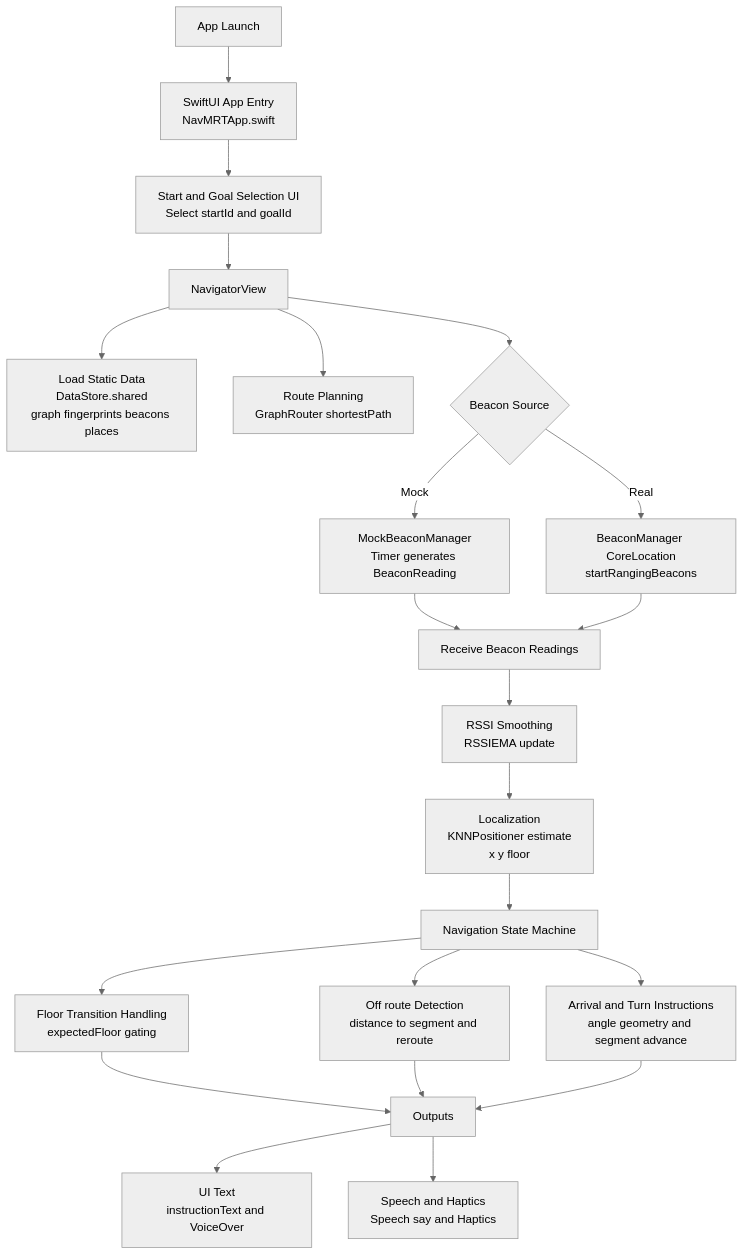
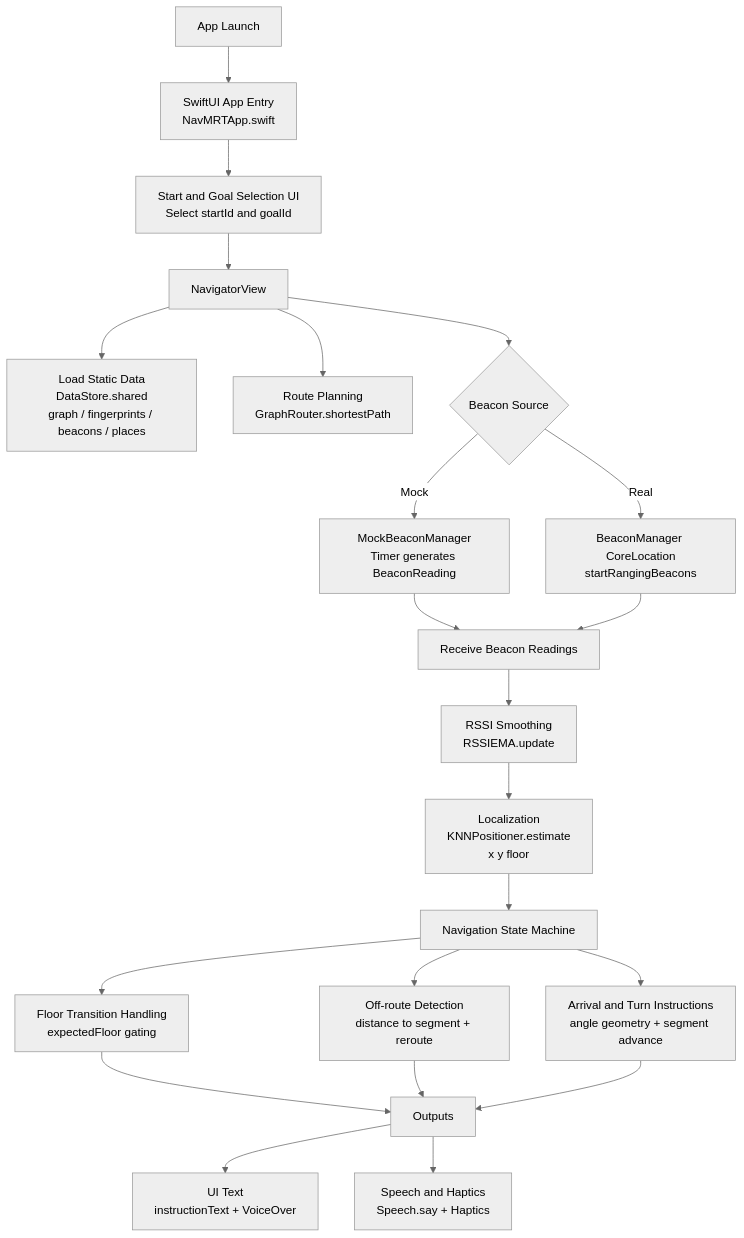
One commit to oatkup1a/MRTWayfinder changed the diagram in README.md. Above: the diagram before and after it, drawn with Mermaid (neutral theme).

````diff
--- a/README.md
+++ b/README.md
@@ -59,32 +59,32 @@
 ```mermaid
 flowchart TD
-  A[App Launch] --> B[SwiftUI App Entry\nNavMRTApp.swift]
-  B --> C[Start and Goal Selection UI\nSelect startId and goalId]
-  C --> D[NavigatorView]
+  A["App Launch"] --> B["SwiftUI App Entry<br/>NavMRTApp.swift"]
+  B --> C["Start and Goal Selection UI<br/>Select startId and goalId"]
+  C --> D["NavigatorView"]
 
-  D --> E[Load Static Data\nDataStore.shared\ngraph fingerprints beacons places]
-  D --> F[Route Planning\nGraphRouter shortestPath]
+  D --> E["Load Static Data<br/>DataStore.shared<br/>graph / fingerprints / beacons / places"]
+  D --> F["Route Planning<br/>GraphRouter.shortestPath"]
 
   D --> G{Beacon Source}
-  G -->|Mock| H[MockBeaconManager\nTimer generates BeaconReading]
-  G -->|Real| I[BeaconManager CoreLocation\nstartRangingBeacons]
+  G -->|Mock| H["MockBeaconManager<br/>Timer generates BeaconReading"]
+  G -->|Real| I["BeaconManager CoreLocation<br/>startRangingBeacons"]
 
-  H --> J[Receive Beacon Readings]
+  H --> J["Receive Beacon Readings"]
   I --> J
 
-  J --> K[RSSI Smoothing\nRSSIEMA update]
-  K --> L[Localization\nKNNPositioner estimate\nx y floor]
-  L --> M[Navigation State Machine]
+  J --> K["RSSI Smoothing<br/>RSSIEMA.update"]
+  K --> L["Localization<br/>KNNPositioner.estimate<br/>x y floor"]
+  L --> M["Navigation State Machine"]
 
-  M --> N[Floor Transition Handling\nexpectedFloor gating]
-  M --> O[Off route Detection\ndistance to segment and reroute]
-  M --> P[Arrival and Turn Instructions\nangle geometry and segment advance]
+  M --> N["Floor Transition Handling<br/>expectedFloor gating"]
+  M --> O["Off-route Detection<br/>distance to segment + reroute"]
+  M --> P["Arrival and Turn Instructions<br/>angle geometry + segment advance"]
 
-  N --> Q[Outputs]
+  N --> Q["Outputs"]
   O --> Q
   P --> Q
 
-  Q --> R[UI Text\ninstructionText and VoiceOver]
-  Q --> S[Speech and Haptics\nSpeech say and Haptics]
+  Q --> R["UI Text<br/>instructionText + VoiceOver"]
+  Q --> S["Speech and Haptics<br/>Speech.say + Haptics"]
 
 ```
````
